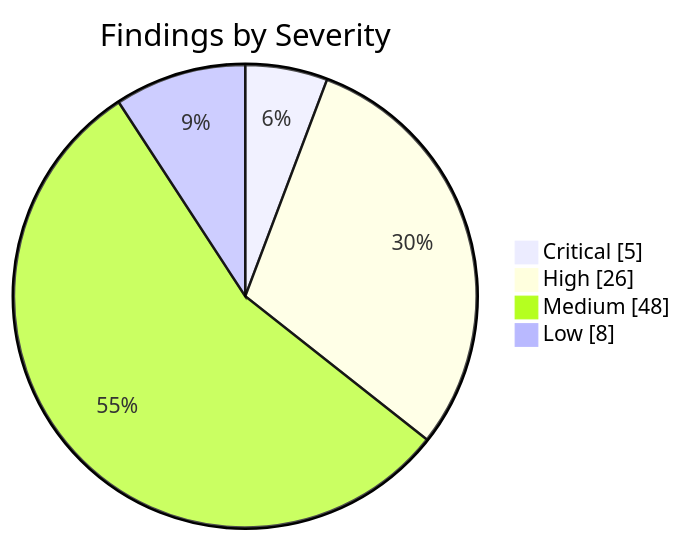
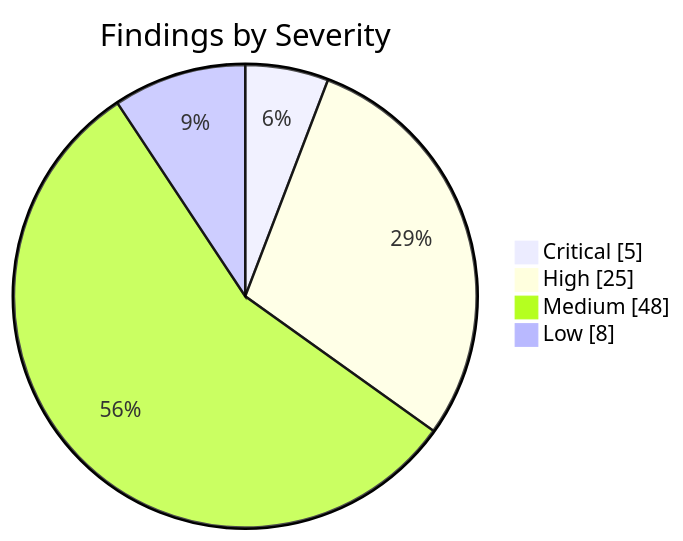
One commit to KBVE/kbve changed the first of 2 diagrams in apps/kbve/astro-kbve/src/content/docs/dashboard/security.mdx. Above: the diagram before and after it, drawn with Mermaid. The commit also changed other lines of this file and 8 other files, not shown here.

````diff
--- a/apps/kbve/astro-kbve/src/content/docs/dashboard/security.mdx
+++ b/apps/kbve/astro-kbve/src/content/docs/dashboard/security.mdx
@@ -62,8 +62,8 @@
 ```mermaid
 pie showData
     title Findings by Severity
     "Critical" : 5
-    "High" : 26
+    "High" : 25
     "Medium" : 48
     "Low" : 8
 ```
````
